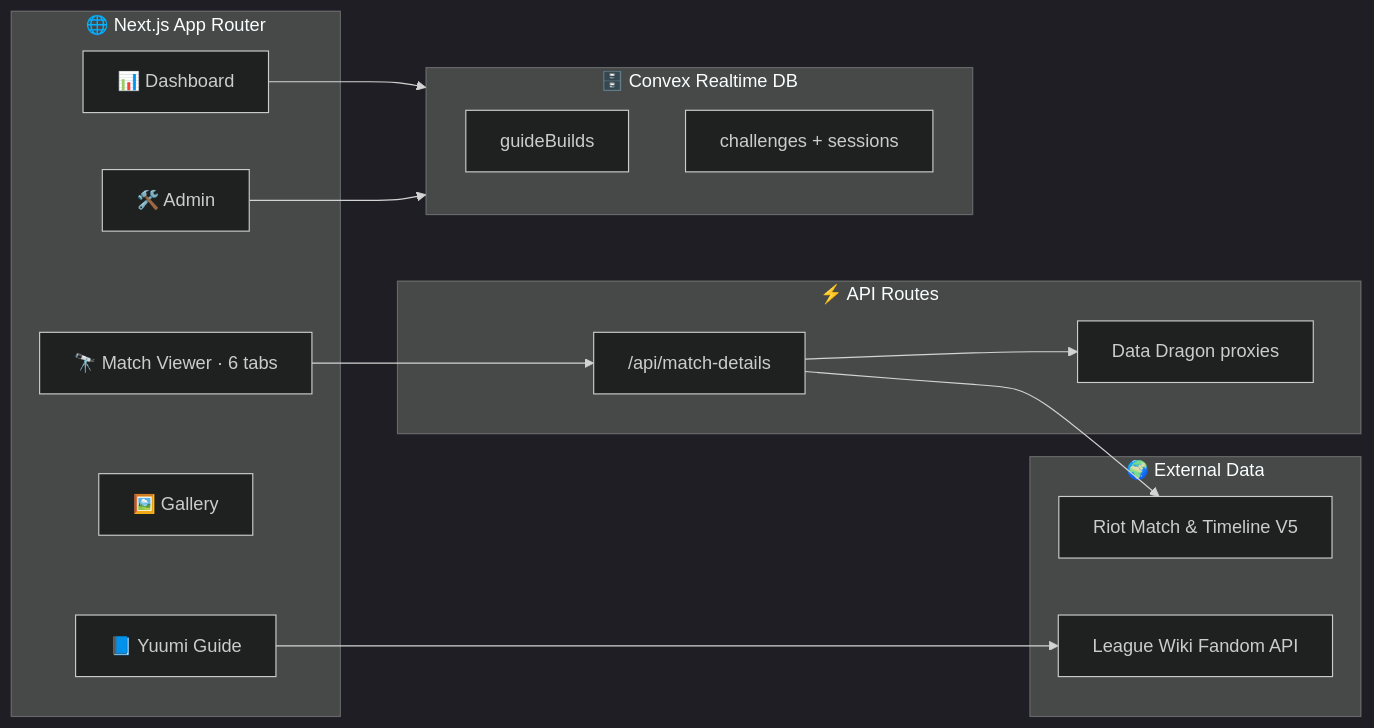
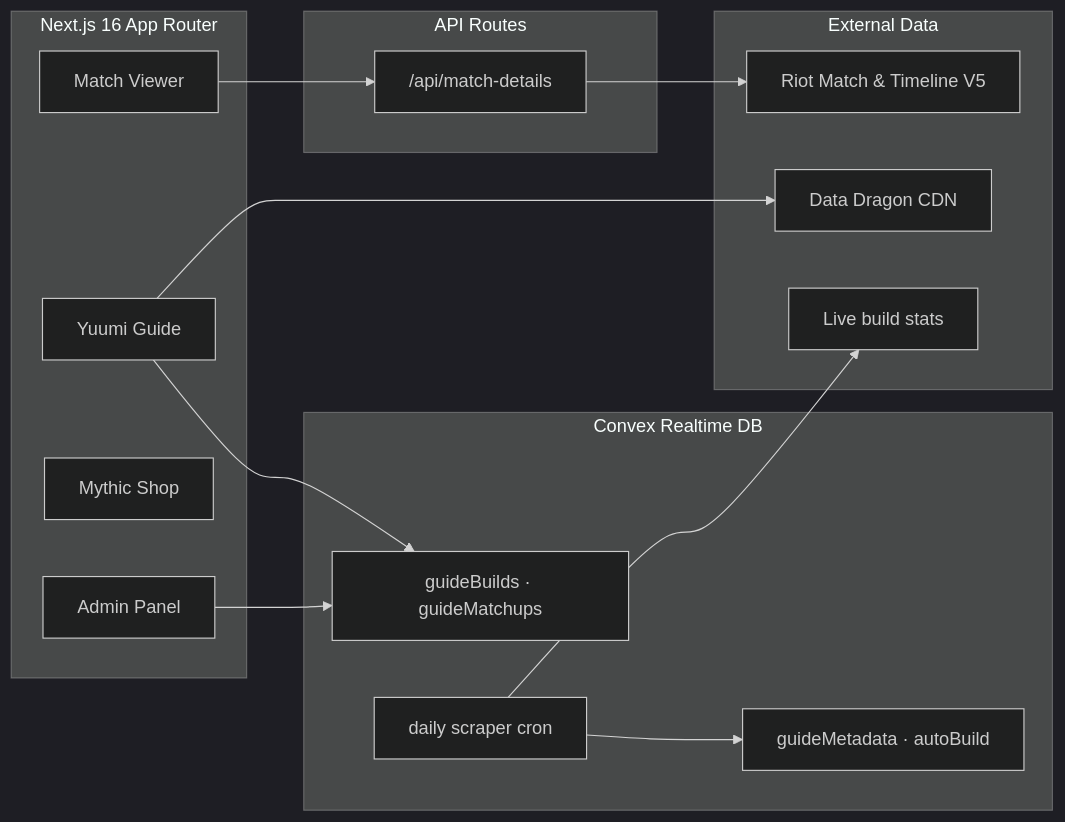
One commit to MercyMeow/YuumiChallenges changed the diagram in README.md. Above: the diagram before and after it, drawn with Mermaid (dark theme). The commit also changed other lines of this file and 114 other files, not shown here.

````diff
--- a/README.md
+++ b/README.md
@@ -99,28 +97,29 @@
 ```mermaid
 flowchart LR
-  subgraph Client [🌐 Next.js App Router]
-    Guide[📘 Yuumi Guide]
-    Viewer["🔭 Match Viewer · 6 tabs"]
-    Dash[📊 Dashboard]
-    Gallery[🖼️ Gallery]
-    Admin[🛠️ Admin]
+  subgraph Client [Next.js 16 App Router]
+    Guide[Yuumi Guide]
+    Viewer[Match Viewer]
+    Shop[Mythic Shop]
+    Admin[Admin Panel]
   end
-  subgraph API [⚡ API Routes]
+  subgraph API [API Routes]
     MatchAPI["/api/match-details"]
-    DDProxy[Data Dragon proxies]
   end
-  subgraph Backend [🗄️ Convex Realtime DB]
-    Builds[guideBuilds]
-    Challenges[challenges + sessions]
+  subgraph Convex [Convex Realtime DB]
+    Builds[guideBuilds · guideMatchups]
+    Meta[guideMetadata · autoBuild]
+    Cron[daily scraper cron]
   end
-  subgraph External [🌍 External Data]
+  subgraph External [External Data]
     Riot[Riot Match & Timeline V5]
-    Wiki[League Wiki Fandom API]
+    DDragon[Data Dragon CDN]
+    Stats[Live build stats]
   end
 
   Viewer --> MatchAPI --> Riot
-  MatchAPI --> DDProxy
-  Guide --> Wiki
-  Dash --> Backend
-  Admin --> Backend
+  Guide --> Builds
+  Guide --> DDragon
+  Cron --> Stats
+  Cron --> Meta
+  Admin --> Builds
 ```
````
